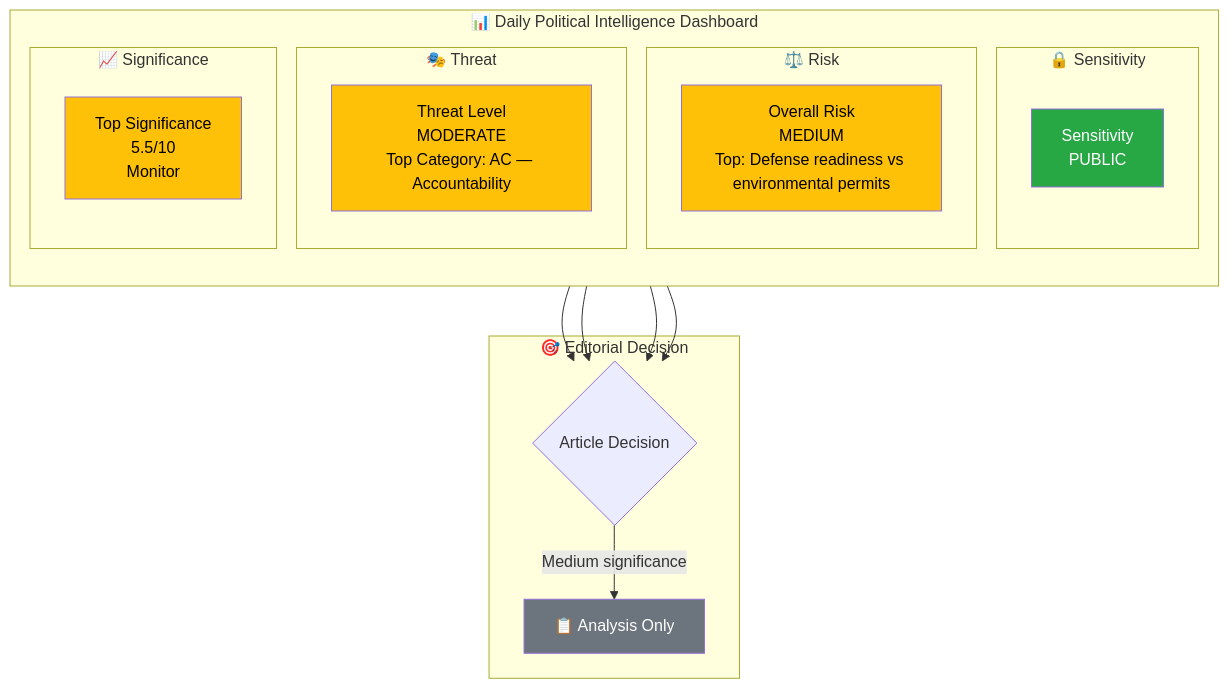
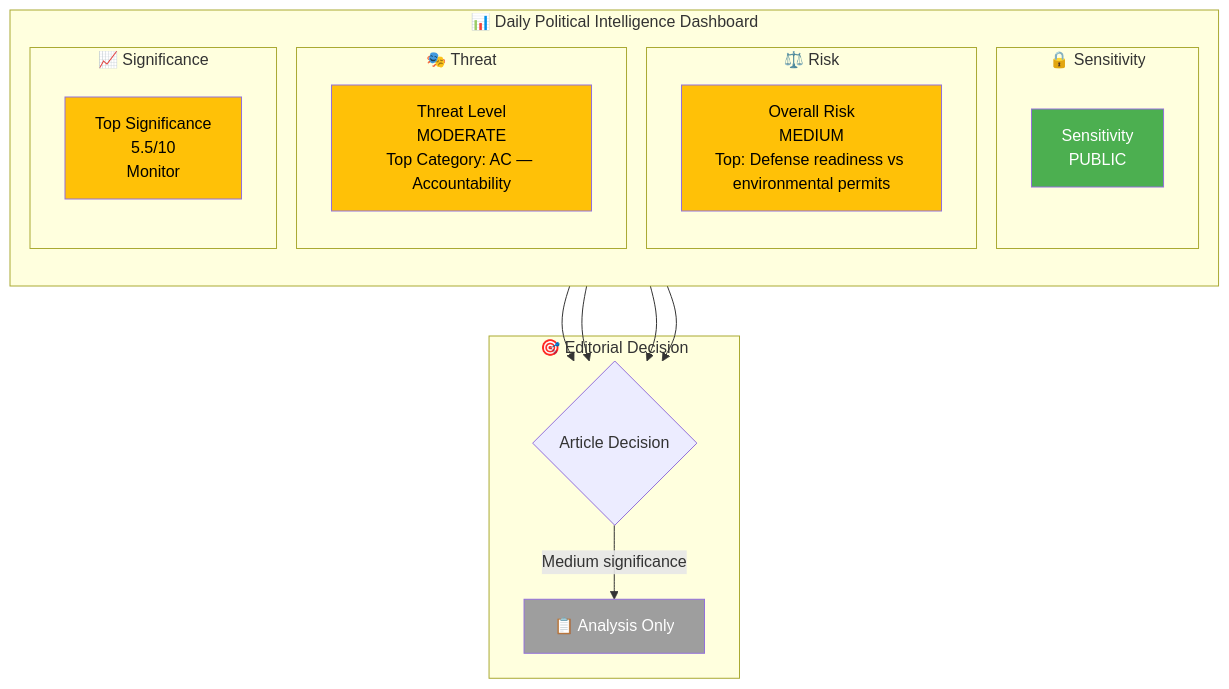
The first of 2 diagrams in analysis/daily/2026-04-08/realtime-1433/synthesis-summary.md (Hack23/riksdagsmonitor), drawn with Mermaid before and after one commit. The commit also changed other lines of this file and 785 other files, not shown here.

First line of the commit message:
Normalize mermaid colors across 786 analysis artifacts to ISMS Style Guide palette

````diff
--- a/analysis/daily/2026-04-08/realtime-1433/synthesis-summary.md
+++ b/analysis/daily/2026-04-08/realtime-1433/synthesis-summary.md
@@ -25,34 +25,34 @@
 ```mermaid
 graph TD
     subgraph "📊 Daily Political Intelligence Dashboard"
         direction TB
         subgraph "🔒 Sensitivity"
             CLS["Sensitivity<br/>PUBLIC"]
         end
         subgraph "⚖️ Risk"
             RSK["Overall Risk<br/>MEDIUM<br/>Top: Defense readiness vs environmental permits"]
         end
         subgraph "🎭 Threat"
             THR["Threat Level<br/>MODERATE<br/>Top Category: AC — Accountability"]
         end
         subgraph "📈 Significance"
             SIG["Top Significance<br/>5.5/10<br/>Monitor"]
         end
     end
 
     subgraph "🎯 Editorial Decision"
         DEC{Article Decision}
         DEC -->|"Medium significance"| MON["📋 Analysis Only"]
     end
 
     CLS --> DEC
     RSK --> DEC
     THR --> DEC
     SIG --> DEC
 
-    style CLS fill:#28a745,color:#fff
-    style RSK fill:#ffc107,color:#000
-    style THR fill:#ffc107,color:#000
-    style SIG fill:#ffc107,color:#000
-    style MON fill:#6c757d,color:#fff
+    style CLS fill:#4CAF50,color:#FFFFFF
+    style RSK fill:#FFC107,color:#000000
+    style THR fill:#FFC107,color:#000000
+    style SIG fill:#FFC107,color:#000000
+    style MON fill:#9E9E9E,color:#FFFFFF
 ```
````
